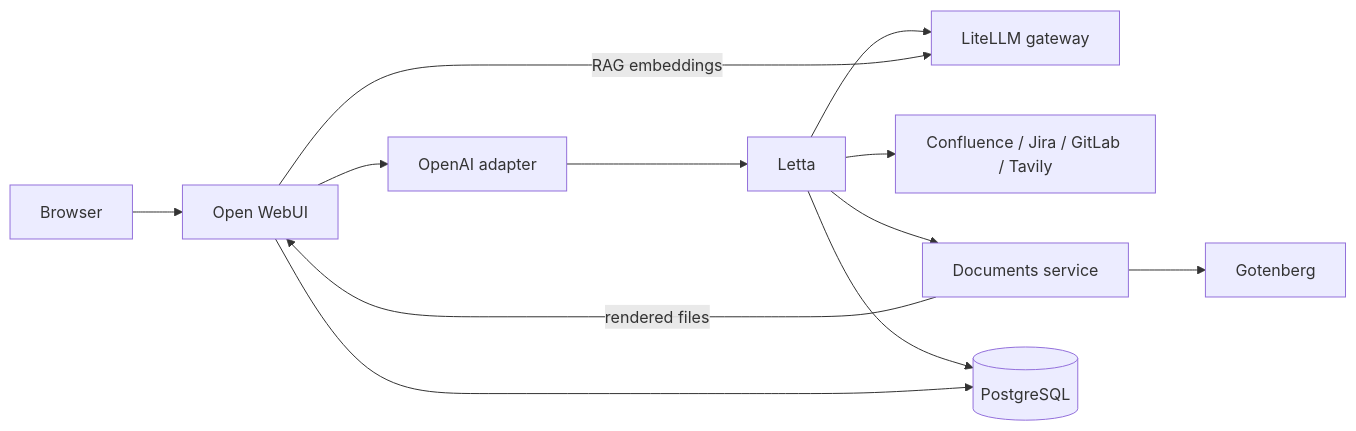
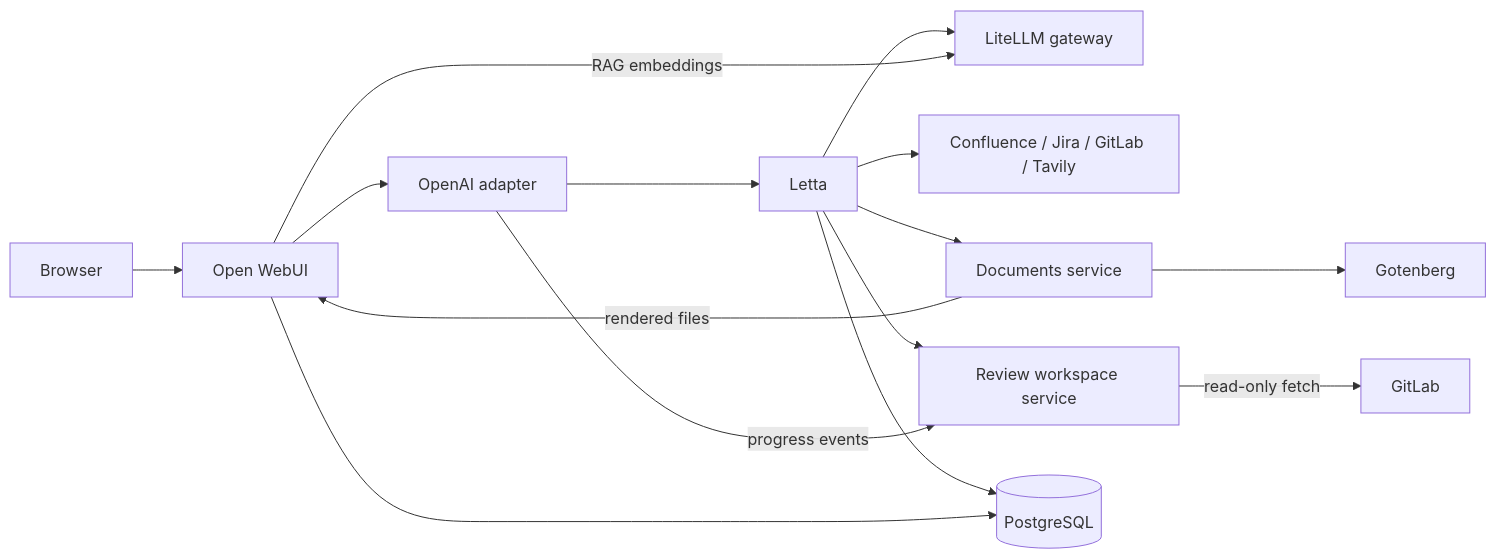
Before and after one commit to amir-99/Book-Keeper: the diagram in README.md, drawn with Mermaid. The commit also changed other lines of this file and 25 other files, not shown here.

First line of the commit message:
Add unit tests for native request handling and review service functionality

````diff
--- a/README.md
+++ b/README.md
@@ -38,17 +39,20 @@
 ```mermaid
 flowchart LR
     Browser[Browser] --> WebUI[Open WebUI]
     WebUI --> Adapter[OpenAI adapter]
     Adapter --> Letta[Letta]
 
     Letta --> Gateway[LiteLLM gateway]
     WebUI -- RAG embeddings --> Gateway
 
     Letta --> Tools[Confluence / Jira / GitLab / Tavily]
     Letta --> Documents[Documents service]
+    Letta --> Review[Review workspace service]
+    Adapter -- progress events --> Review
+    Review -- read-only fetch --> GitLab[GitLab]
     Documents --> Gotenberg[Gotenberg]
     Documents -- rendered files --> WebUI
 
     Letta --> Postgres[(PostgreSQL)]
     WebUI --> Postgres
 ```
````
